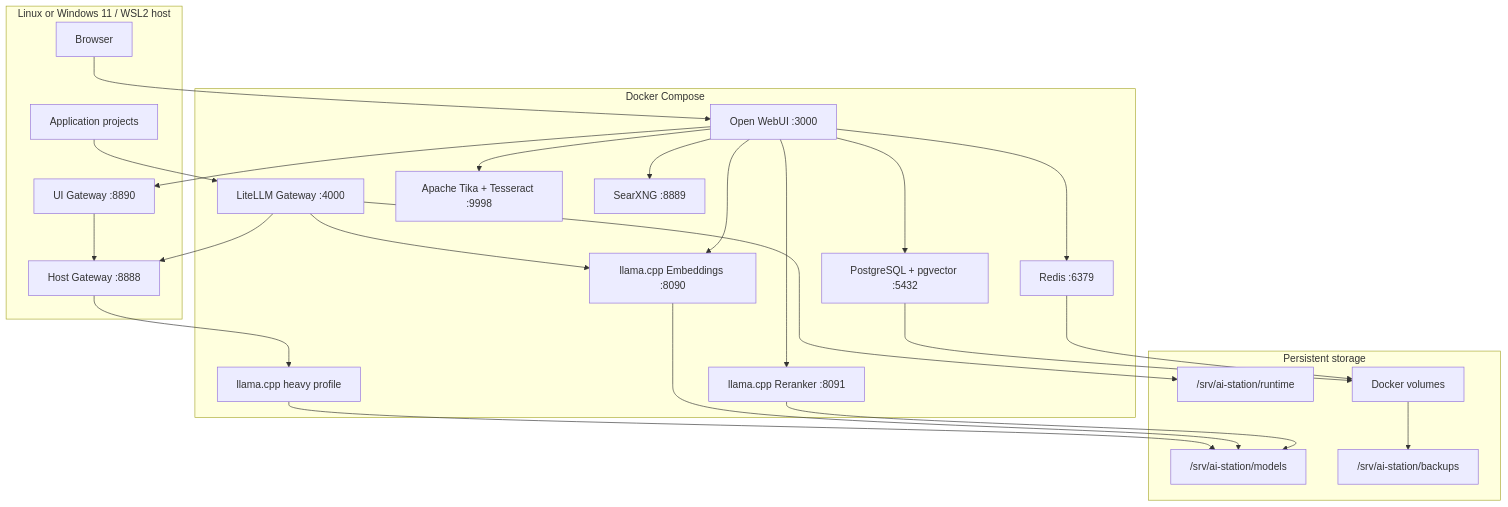
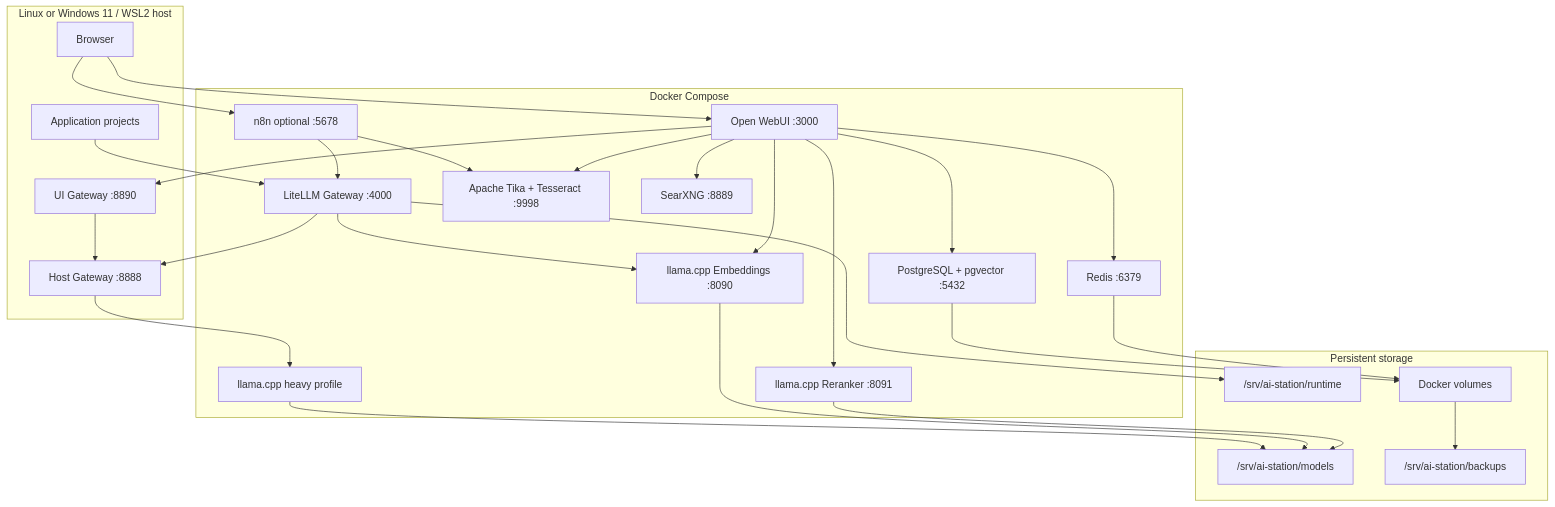
One commit to Ramtin-Karbaschi/ai-station changed the diagram in docs/ARCHITECTURE.md. Above: the diagram before and after it, drawn with Mermaid. The commit also changed other lines of this file and 43 other files, not shown here.

```diff
--- a/docs/ARCHITECTURE.md
+++ b/docs/ARCHITECTURE.md
@@ -23,51 +23,55 @@
 ~~~mermaid
 flowchart TB
     subgraph Host["Linux or Windows 11 / WSL2 host"]
         Browser["Browser"]
         Apps["Application projects"]
         UIGateway["UI Gateway :8890"]
         Gateway["Host Gateway :8888"]
     end
 
     subgraph Docker["Docker Compose"]
         WebUI["Open WebUI :3000"]
         LiteLLM["LiteLLM Gateway :4000"]
         LLM["llama.cpp heavy profile"]
         Embedder["llama.cpp Embeddings :8090"]
         Reranker["llama.cpp Reranker :8091"]
         Tika["Apache Tika + Tesseract :9998"]
         Search["SearXNG :8889"]
         Postgres["PostgreSQL + pgvector :5432"]
         Redis["Redis :6379"]
+        N8N["n8n optional :5678"]
     end
 
     subgraph Storage["Persistent storage"]
         Models["/srv/ai-station/models"]
         Runtime["/srv/ai-station/runtime"]
         Backups["/srv/ai-station/backups"]
         Volumes["Docker volumes"]
     end
 
     Browser --> WebUI
+    Browser --> N8N
     WebUI --> UIGateway
     UIGateway --> Gateway
     Gateway --> LLM
     Apps --> LiteLLM
+    N8N --> LiteLLM
+    N8N --> Tika
     LiteLLM --> Gateway
     LiteLLM --> Embedder
 
     WebUI --> Embedder
     WebUI --> Reranker
     WebUI --> Tika
     WebUI --> Search
     WebUI --> Postgres
     WebUI --> Redis
 
     LLM --> Models
     Embedder --> Models
     Reranker --> Models
     Postgres --> Volumes
     Redis --> Volumes
     Volumes --> Backups
     LiteLLM --> Runtime
 ~~~
```
